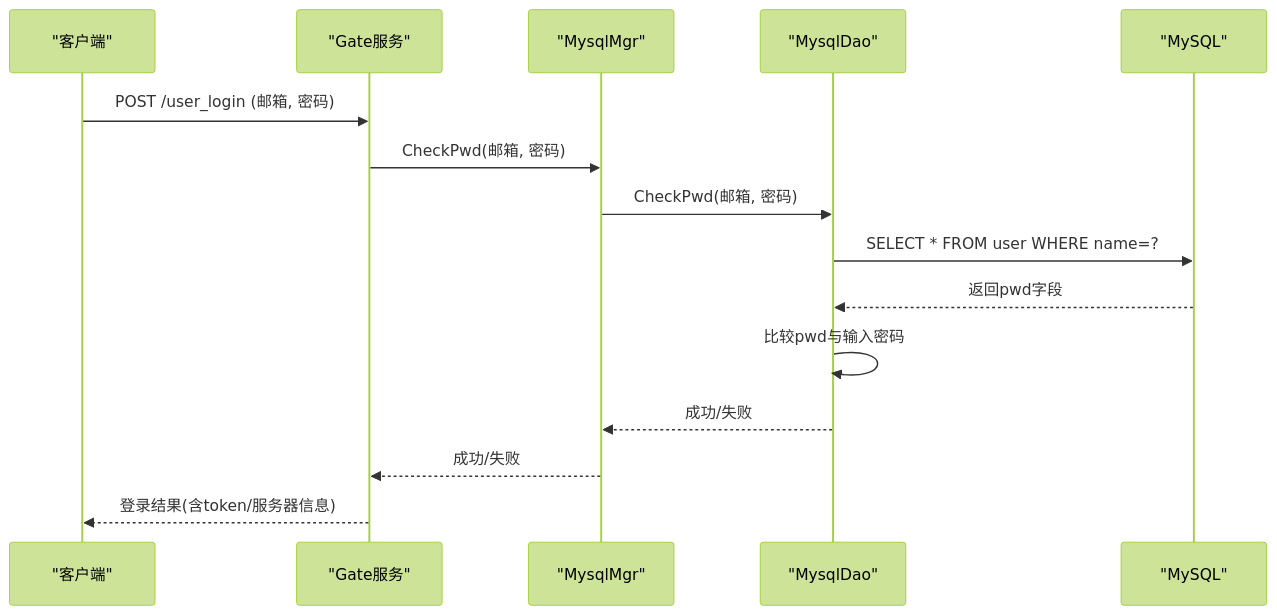
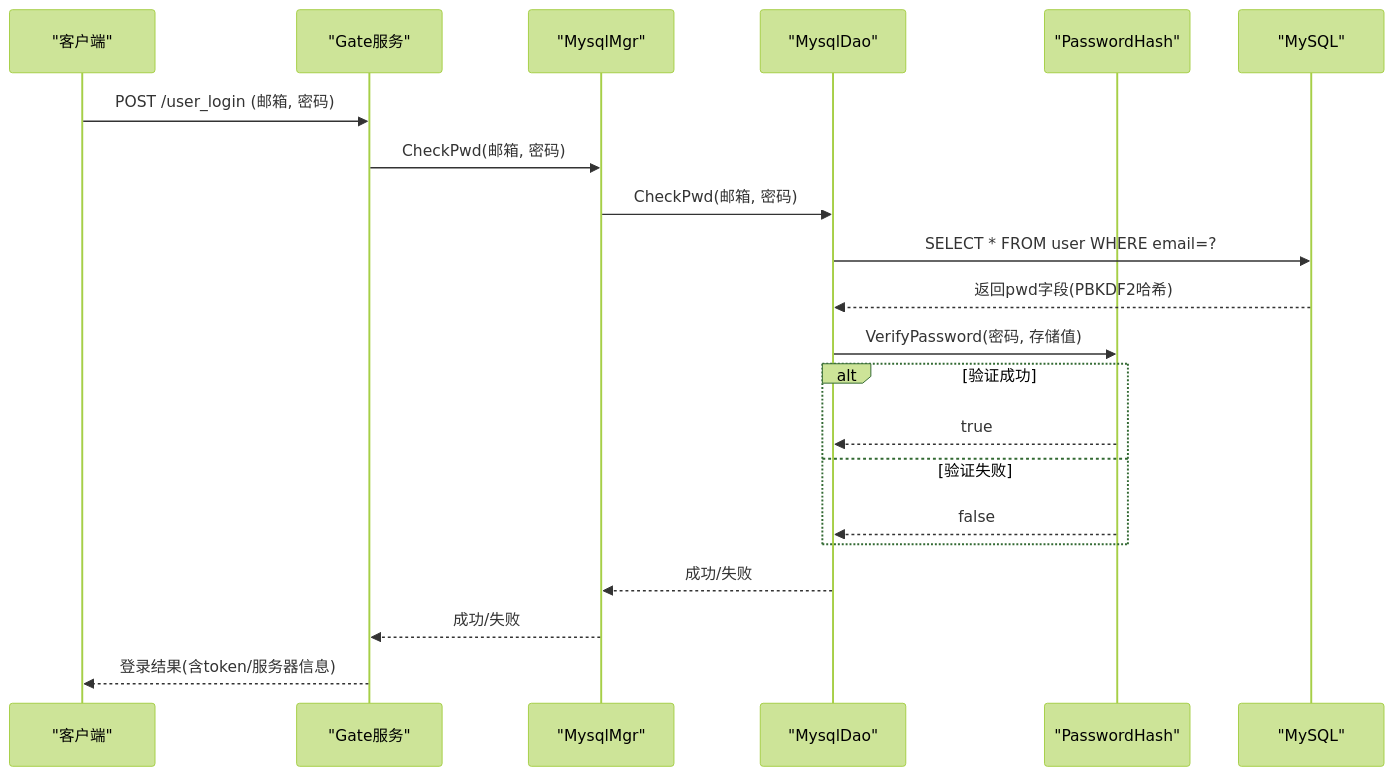
One commit to echo9923/mychatter changed the seventh of 9 diagrams in .qoder/repowiki/zh/content/安全设计/身份认证系统/密码安全策略.md. Above: the diagram before and after it, drawn with Mermaid (forest theme). The commit also changed other lines of this file and 58 other files, not shown here.

````diff
--- a/.qoder/repowiki/zh/content/安全设计/身份认证系统/密码安全策略.md
+++ b/.qoder/repowiki/zh/content/安全设计/身份认证系统/密码安全策略.md
@@ -251,17 +373,23 @@
 ```mermaid
 sequenceDiagram
 participant C as "客户端"
 participant G as "Gate服务"
 participant M as "MysqlMgr"
 participant D as "MysqlDao"
+participant PH as "PasswordHash"
 participant DB as "MySQL"
 C->>G : POST /user_login (邮箱, 密码)
 G->>M : CheckPwd(邮箱, 密码)
 M->>D : CheckPwd(邮箱, 密码)
-D->>DB : SELECT * FROM user WHERE name=?
-DB-->>D : 返回pwd字段
-D->>D : 比较pwd与输入密码
+D->>DB : SELECT * FROM user WHERE email=?
+DB-->>D : 返回pwd字段(PBKDF2哈希)
+D->>PH : VerifyPassword(密码, 存储值)
+alt 验证成功
+PH-->>D : true
+else 验证失败
+PH-->>D : false
+end
 D-->>M : 成功/失败
 M-->>G : 成功/失败
 G-->>C : 登录结果(含token/服务器信息)
 ```
````
